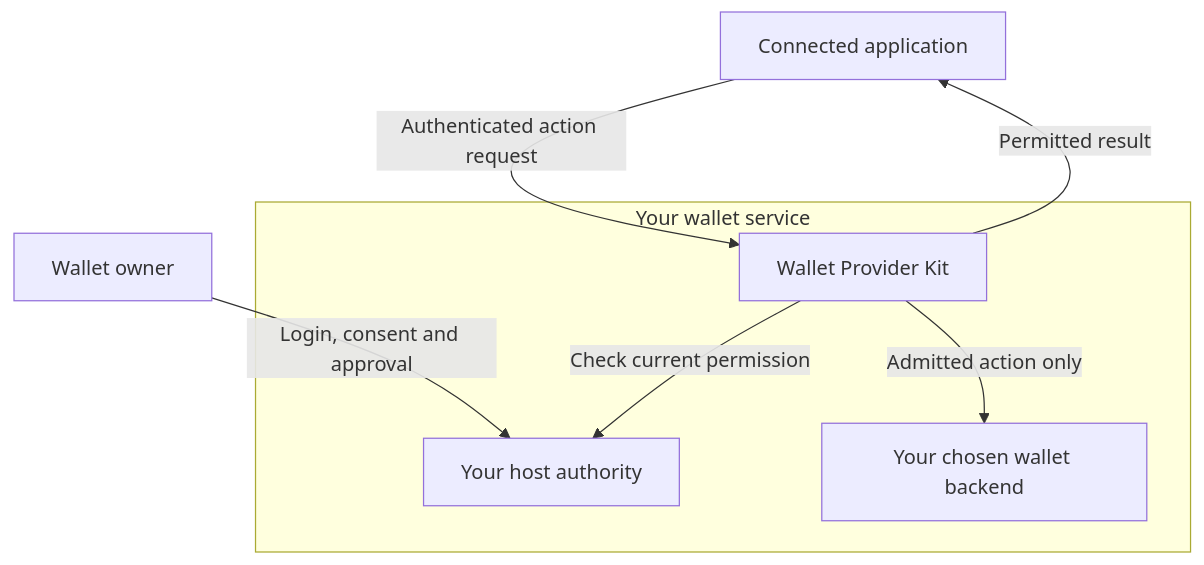
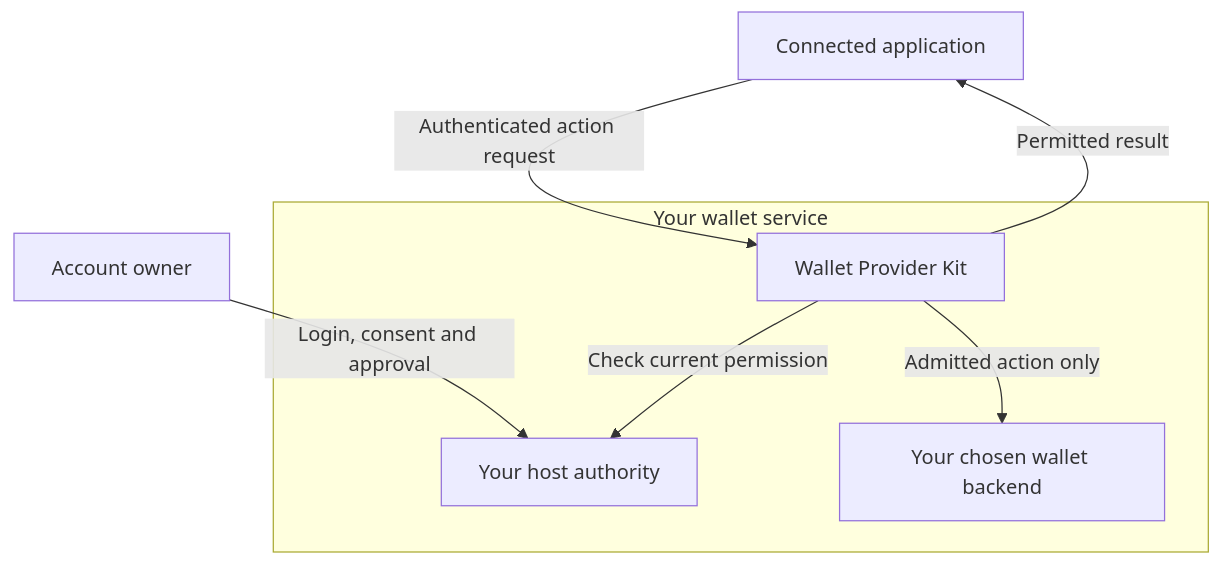
The first of 2 diagrams in README.md (Moovha/wallet-provider-kit), drawn with Mermaid before and after one commit. The commit also changed other lines of this file and 20 other files, not shown here.

````diff
--- a/README.md
+++ b/README.md
@@ -37,12 +53,12 @@
 ```mermaid
 flowchart TB
-    accTitle: Wallet owner, connected application and provider control
+    accTitle: Account owner, connected application and provider control
     accDescr: The owner approves access through the host. Applications request actions from the toolkit, which checks host authority and calls the chosen backend. Only permitted results return to the application.
-    walletOwner["Wallet owner"] -->|"Login, consent and approval"|authority
+    walletOwner["Account owner"] -->|"Login, consent and approval"|authority
     connectedApp["Connected application"] -->|"Authenticated action request"|kit
     subgraph walletService["Your wallet service"]
         kit["Wallet Provider Kit"] -->|"Check current permission"|authority["Your host authority"]
         kit -->|"Admitted action only"|backend["Your chosen wallet backend"]
     end
     kit -->|"Permitted result"|connectedApp
 ```
````
